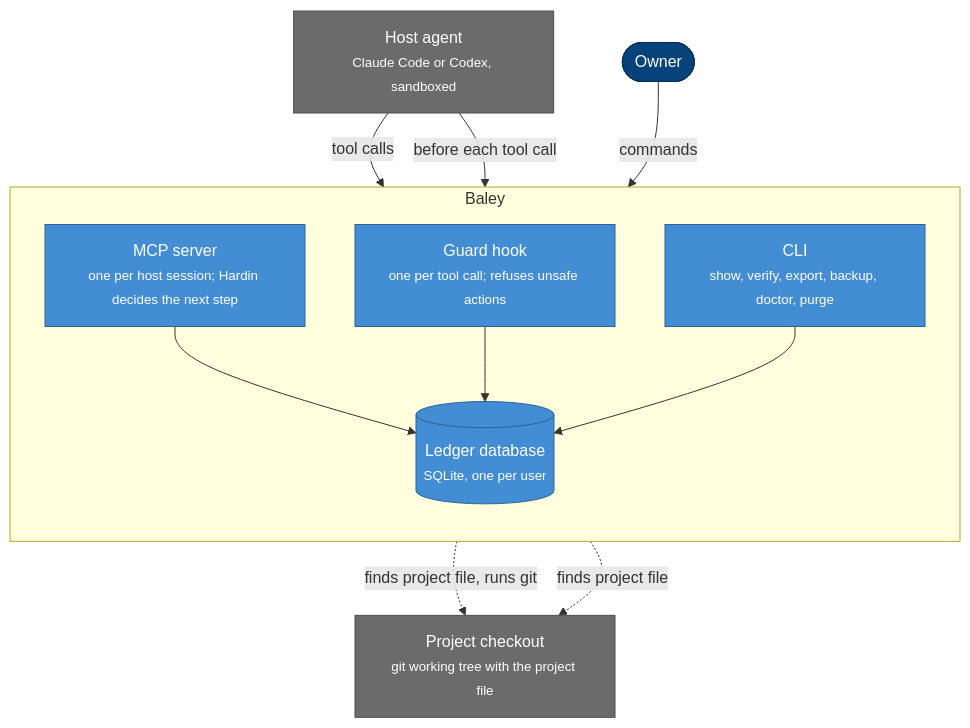
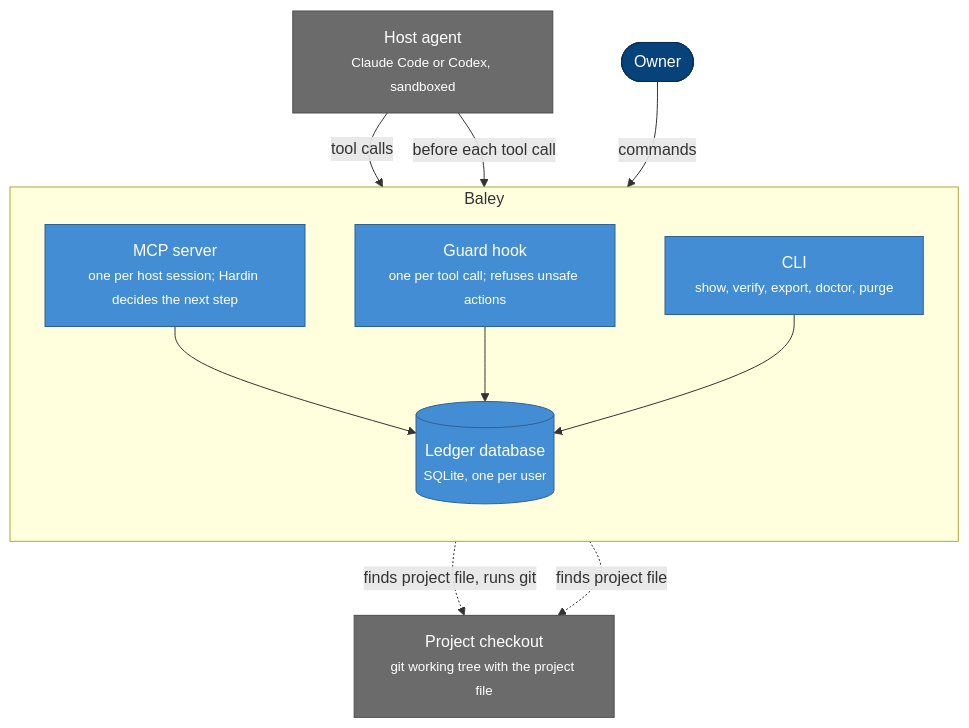
Before and after one commit to crenshawdev/baley: the second of 13 diagrams in docs/design/0001-evidence-ledger.md, drawn with Mermaid. The commit also changed other lines of this file and 5 other files, not shown here.

First line of the commit message:
docs(design): describe export, doctor and acknowledge-restore, and say Baley makes no backups

````diff
--- a/docs/design/0001-evidence-ledger.md
+++ b/docs/design/0001-evidence-ledger.md
@@ -143,27 +143,27 @@
 ```mermaid
 flowchart TB
   owner(["Owner"])
   host["Host agent<br/><small>Claude Code or Codex, sandboxed</small>"]
   subgraph baley [Baley]
     direction TB
     server["MCP server<br/><small>one per host session; Hardin decides the next step</small>"]
     guard["Guard hook<br/><small>one per tool call; refuses unsafe actions</small>"]
-    cli["CLI<br/><small>show, verify, export, backup, doctor, purge</small>"]
+    cli["CLI<br/><small>show, verify, export, doctor, purge</small>"]
     db[("Ledger database<br/><small>SQLite, one per user</small>")]
   end
   checkout["Project checkout<br/><small>git working tree with the project file</small>"]
   host -->|tool calls| server
   host -->|before each tool call| guard
   owner -->|commands| cli
   server --> db
   guard --> db
   cli --> db
   server -.->|finds project file, runs git| checkout
   guard -.->|finds project file| checkout
   classDef person fill:#08427b,stroke:#052e56,color:#fff
   classDef container fill:#438dd5,stroke:#2e6295,color:#fff
   classDef external fill:#6b6b6b,stroke:#4d4d4d,color:#fff
   class owner person
   class server,guard,cli,db container
   class host,checkout external
 ```
````
